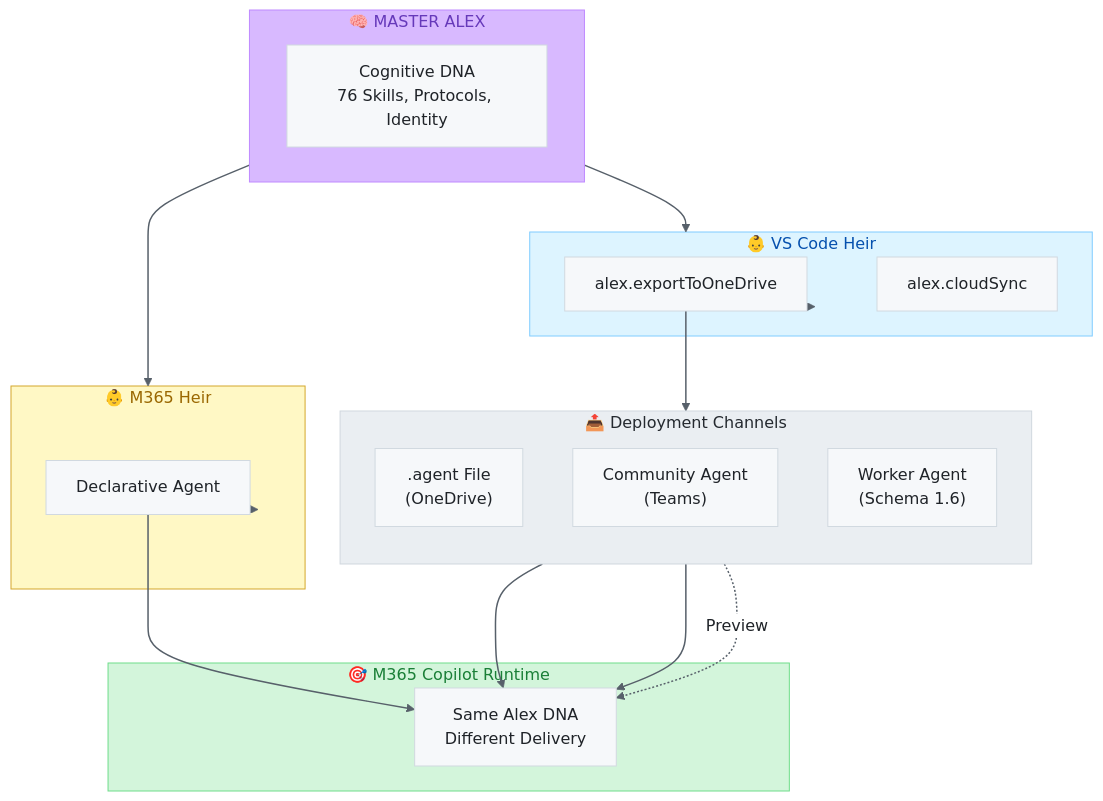
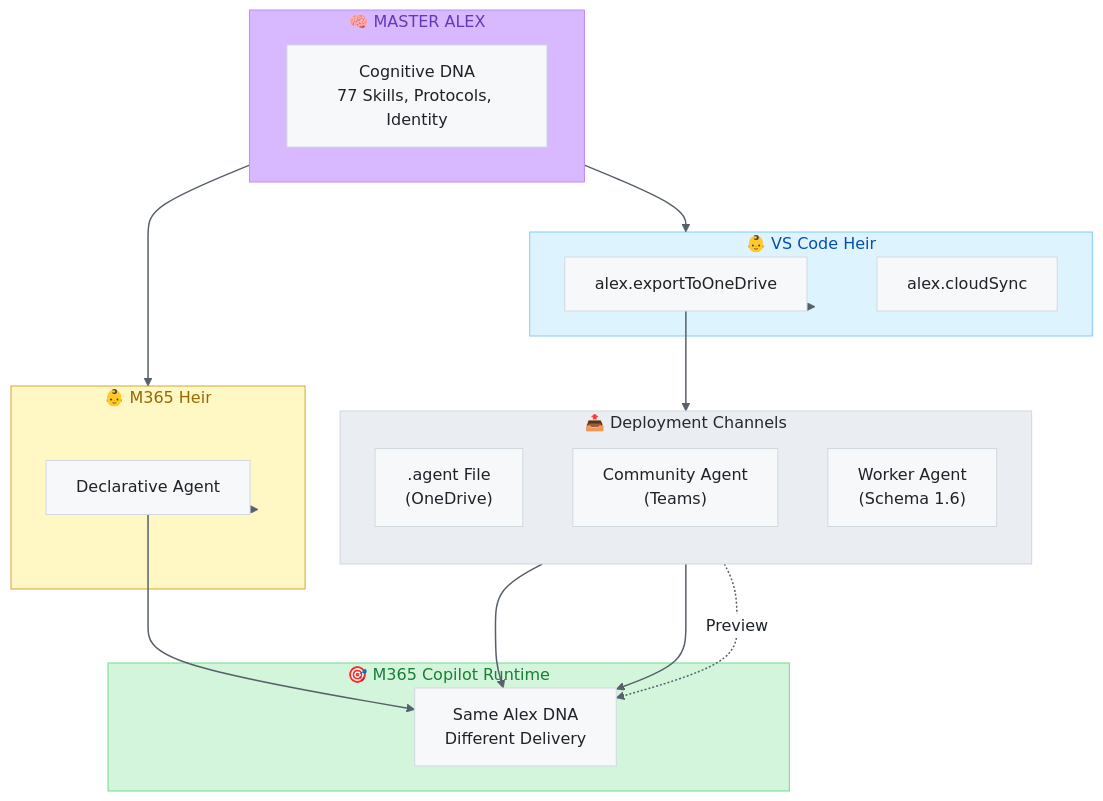
The diagram in platforms/m365-copilot/README.md (fabioc-aloha/Alex_Plug_In), drawn with Mermaid before and after one commit. The commit also changed 65 other files, not shown here.

````diff
--- a/platforms/m365-copilot/README.md
+++ b/platforms/m365-copilot/README.md
@@ -162,43 +162,43 @@
 ```mermaid
 %%{init: {'theme': 'base', 'themeVariables': { 'primaryColor': '#f6f8fa', 'primaryTextColor': '#1f2328', 'primaryBorderColor': '#d1d9e0', 'lineColor': '#656d76', 'secondaryColor': '#f6f8fa', 'tertiaryColor': '#ffffff', 'background': '#ffffff', 'mainBkg': '#f6f8fa', 'nodeBorder': '#d1d9e0', 'edgeLabelBackground': '#fff'}}}%%
 flowchart TB
     subgraph Master["🧠 MASTER ALEX"]
-        DNA["Cognitive DNA<br/>76 Skills, Protocols, Identity"]
+        DNA["Cognitive DNA<br/>77 Skills, Protocols, Identity"]
     end
 
     subgraph VSCode["👶 VS Code Heir"]
         Export["alex.exportToOneDrive"]
         Cloud["alex.cloudSync"]
     end
 
     subgraph M365["👶 M365 Heir"]
         DA["Declarative Agent"]
     end
 
     subgraph Channels["📤 Deployment Channels"]
         direction TB
         ODA[".agent File<br/>(OneDrive)"]
         CA["Community Agent<br/>(Teams)"]
         WA["Worker Agent<br/>(Schema 1.6)"]
     end
 
     subgraph Runtime["🎯 M365 Copilot Runtime"]
         COP["Same Alex DNA<br/>Different Delivery"]
     end
 
     Master --> VSCode
     Master --> M365
     VSCode --> Export --> ODA
     M365 --> DA
     DA --> COP
     ODA --> COP
     CA --> COP
     WA -.->|"Preview"| COP
 
     style Master fill:#d8b9ff,color:#6639ba,stroke:#bf8aff
     style VSCode fill:#ddf4ff,color:#0550ae,stroke:#80ccff
     style M365 fill:#fff8c5,color:#9a6700,stroke:#d4a72c
     style Channels fill:#eaeef2,color:#24292f,stroke:#d0d7de
     style Runtime fill:#d3f5db,color:#1a7f37,stroke:#6fdd8b
     linkStyle default stroke:#57606a,stroke-width:1.5px
 ```
````
